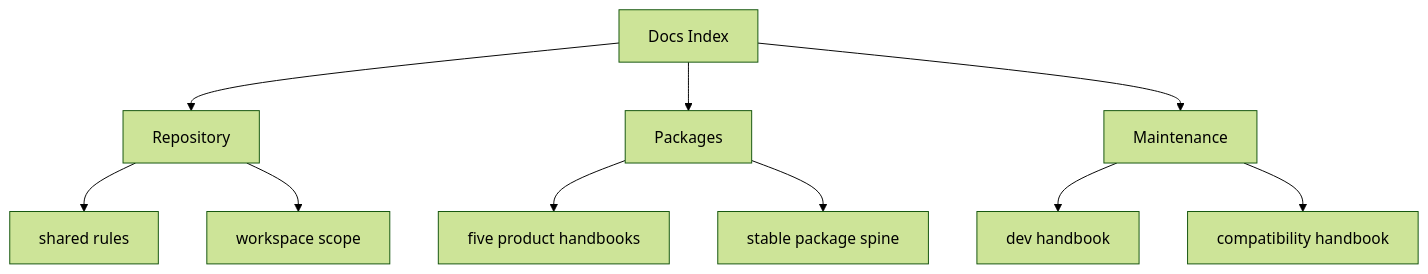
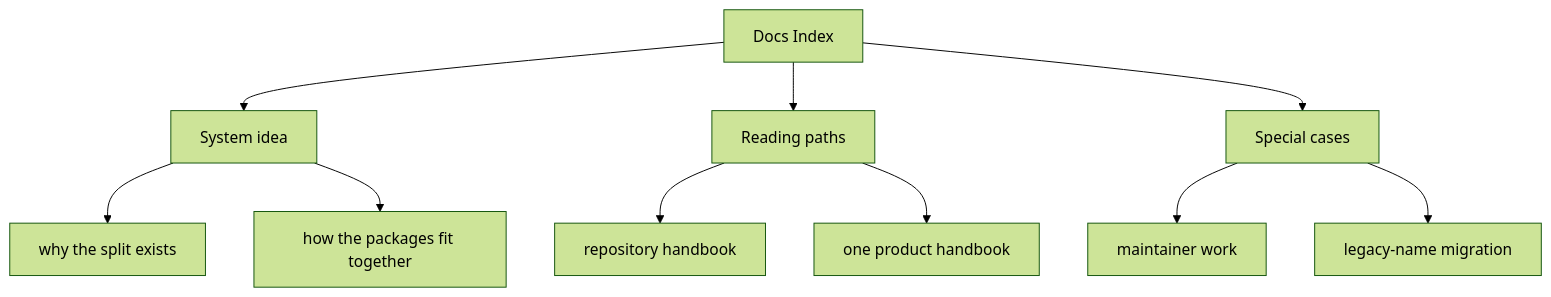
One commit to bijux/bijux-canon changed the second of 2 diagrams in docs/index.md. Above: the diagram before and after it, drawn with Mermaid (forest theme). The commit also changed 11 other files, not shown here.

Commit message:
docs(diagrams): clarify root handbook maps

````diff
--- a/docs/index.md
+++ b/docs/index.md
@@ -76,22 +76,22 @@
 ```mermaid
 flowchart TD
     page["Docs Index"]
-    focus1["Repository"]
+    focus1["System idea"]
     page --> focus1
-    focus1_1["shared rules"]
+    focus1_1["why the split exists"]
     focus1 --> focus1_1
-    focus1_2["workspace scope"]
+    focus1_2["how the packages fit together"]
     focus1 --> focus1_2
-    focus2["Packages"]
+    focus2["Reading paths"]
     page --> focus2
-    focus2_1["five product handbooks"]
+    focus2_1["repository handbook"]
     focus2 --> focus2_1
-    focus2_2["stable package spine"]
+    focus2_2["one product handbook"]
     focus2 --> focus2_2
-    focus3["Maintenance"]
+    focus3["Special cases"]
     page --> focus3
-    focus3_1["dev handbook"]
+    focus3_1["maintainer work"]
     focus3 --> focus3_1
-    focus3_2["compatibility handbook"]
+    focus3_2["legacy-name migration"]
     focus3 --> focus3_2
 ```
````
